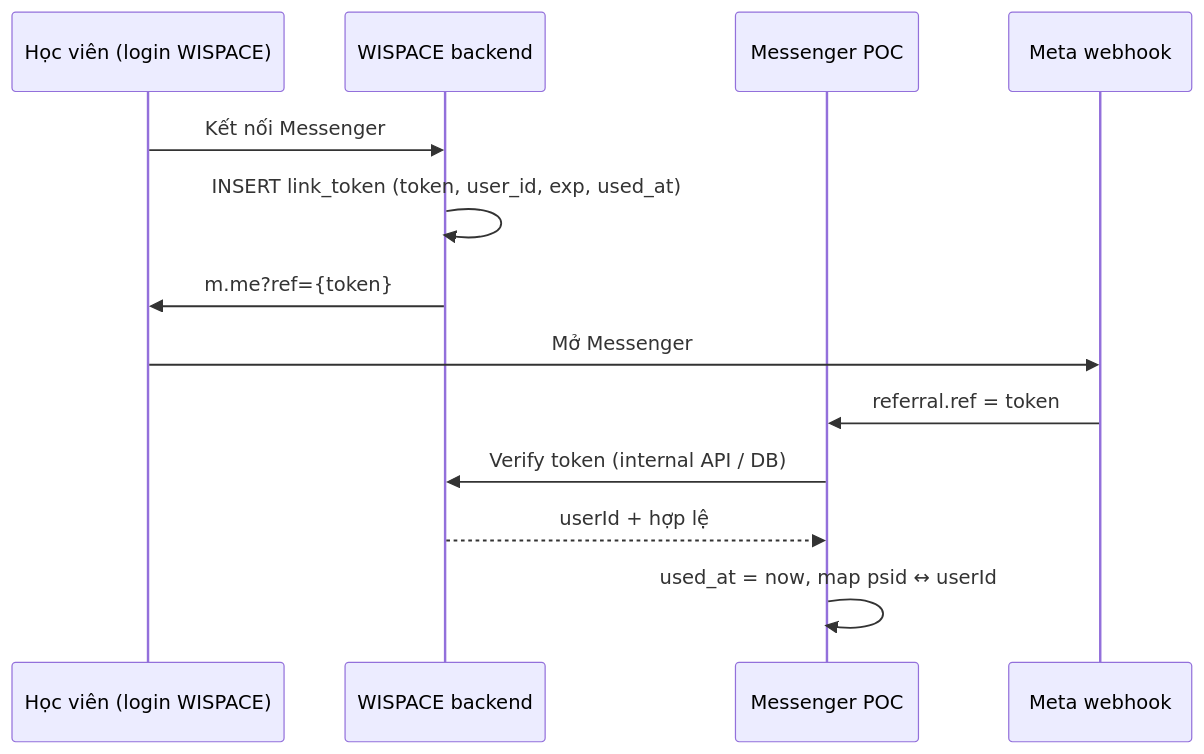
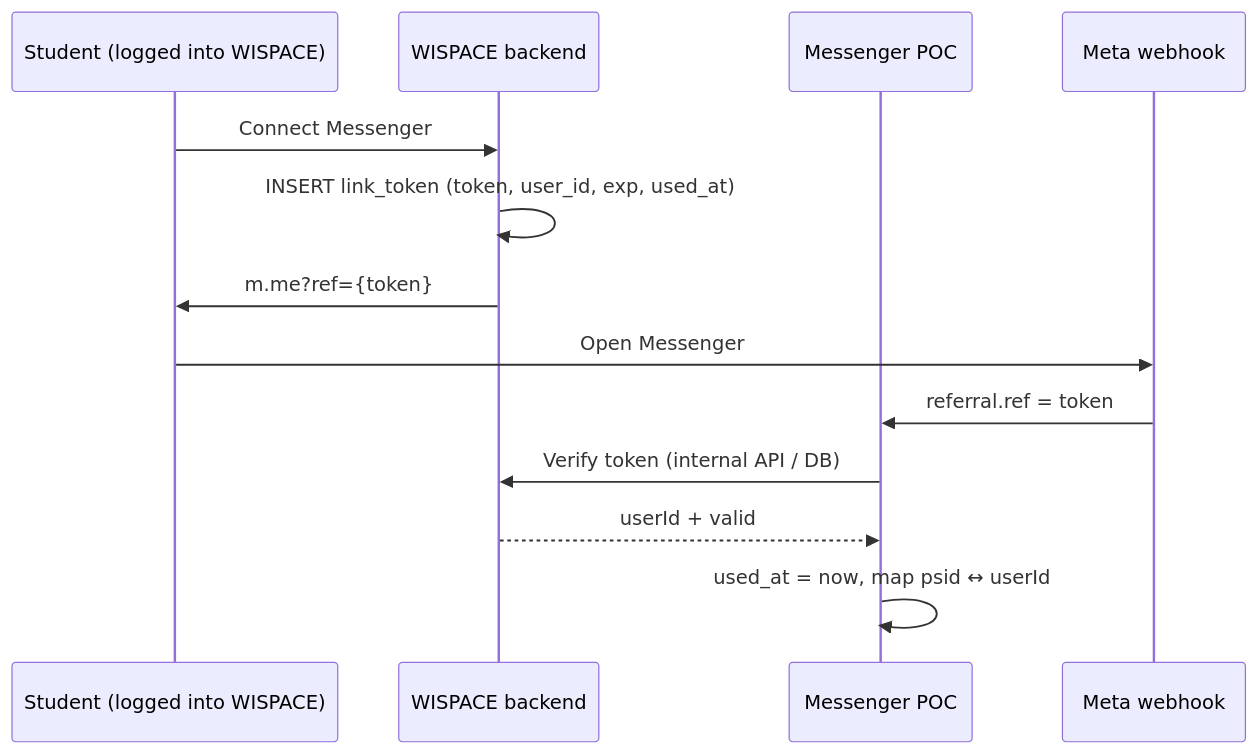
One commit to lengocanh2005it/messenger-ai-for-student changed the diagram in apps/messenger-bot/docs/messenger-link-security.md. Above: the diagram before and after it, drawn with Mermaid. The commit also changed other lines of this file and 25 other files, not shown here.

````diff
--- a/apps/messenger-bot/docs/messenger-link-security.md
+++ b/apps/messenger-bot/docs/messenger-link-security.md
@@ -101,16 +101,16 @@
 ```mermaid
 sequenceDiagram
-  participant U as Học viên (login WISPACE)
+  participant U as Student (logged into WISPACE)
   participant W as WISPACE backend
   participant M as Messenger POC
   participant F as Meta webhook
 
-  U->>W: Kết nối Messenger
+  U->>W: Connect Messenger
   W->>W: INSERT link_token (token, user_id, exp, used_at)
   W->>U: m.me?ref={token}
-  U->>F: Mở Messenger
+  U->>F: Open Messenger
   F->>M: referral.ref = token
   M->>W: Verify token (internal API / DB)
-  W-->>M: userId + hợp lệ
+  W-->>M: userId + valid
   M->>M: used_at = now, map psid ↔ userId
 ```
````
